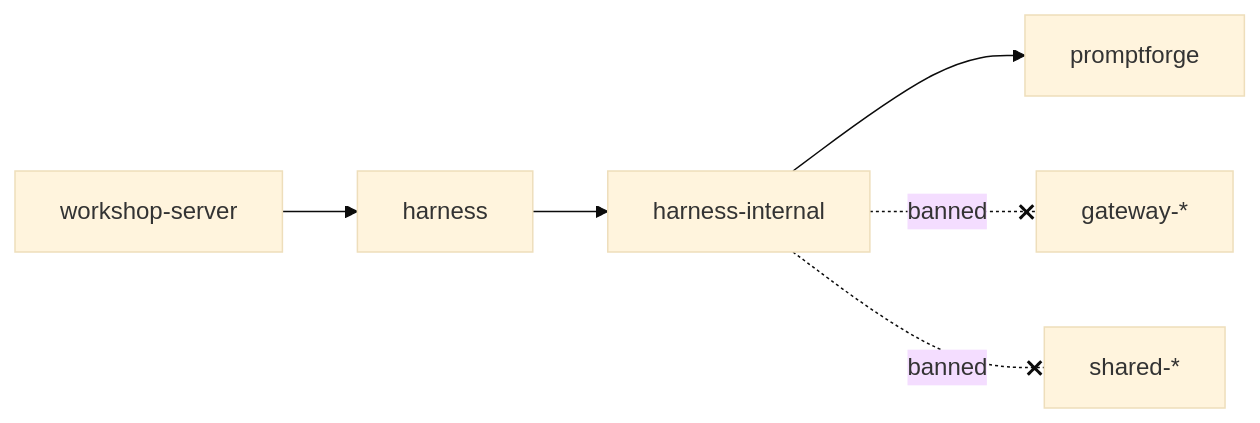
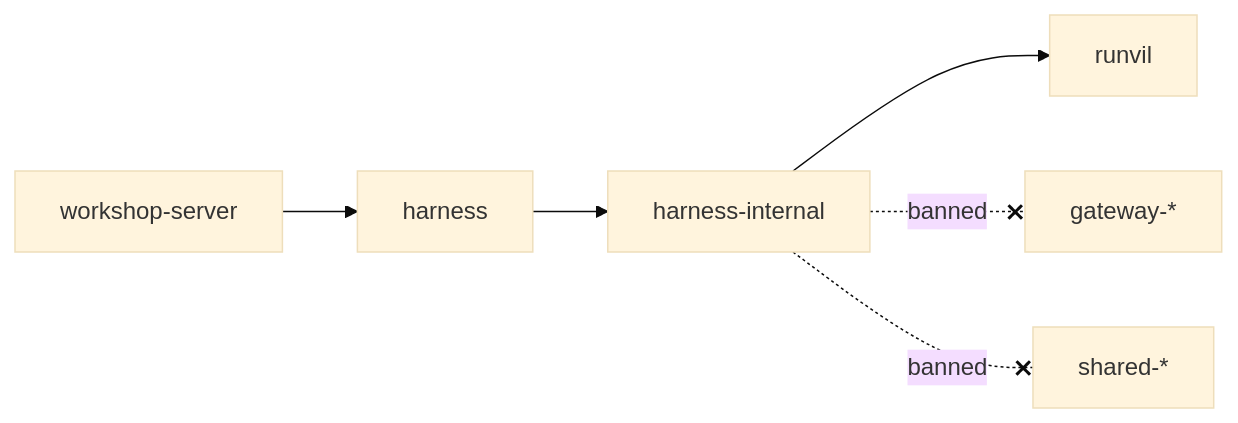
One commit to cppalliance/promptforge changed the diagram in vibe/2026-09/2026-09-26-2-harness-facade.md. Above: the diagram before and after it, drawn with Mermaid (base theme). The commit also changed other lines of this file and 1573 other files, not shown here.

````diff
--- a/vibe/2026-09/2026-09-26-2-harness-facade.md
+++ b/vibe/2026-09/2026-09-26-2-harness-facade.md
@@ -104,8 +104,8 @@
 ```mermaid
 flowchart LR
     WS["workshop-server"] --> H["harness"]
     H --> HI["harness-internal"]
-    HI --> PF["promptforge"]
+    HI --> RV["runvil"]
     HI -.-x|banned| GW["gateway-*"]
     HI -.-x|banned| SH["shared-*"]
 ```
````
